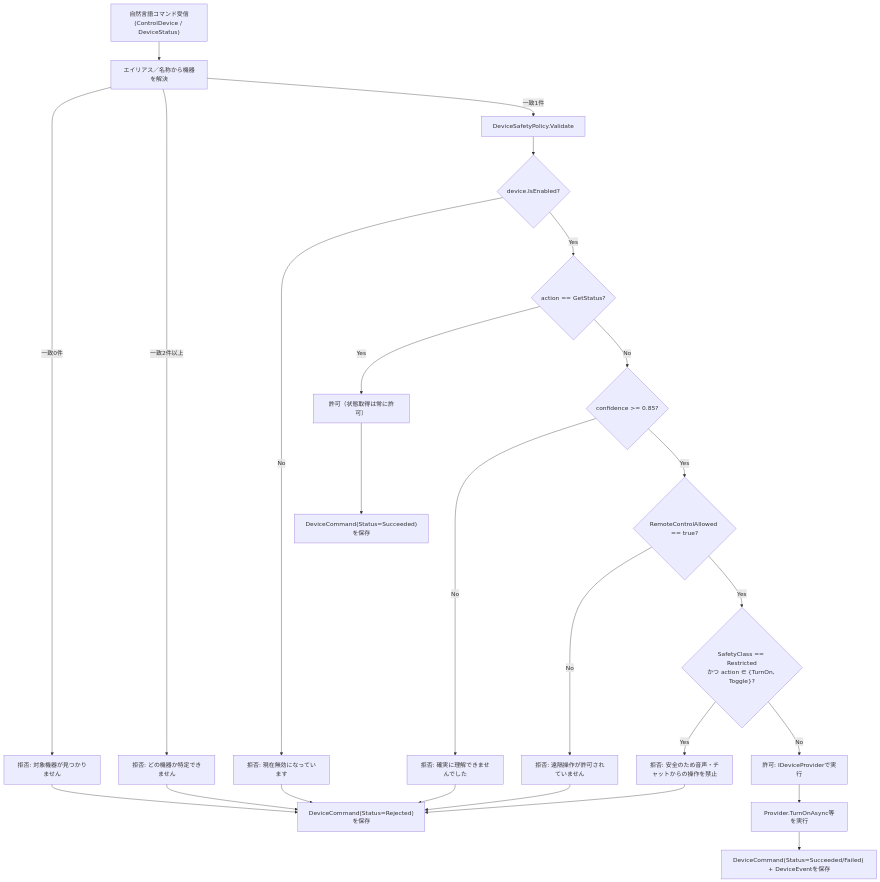
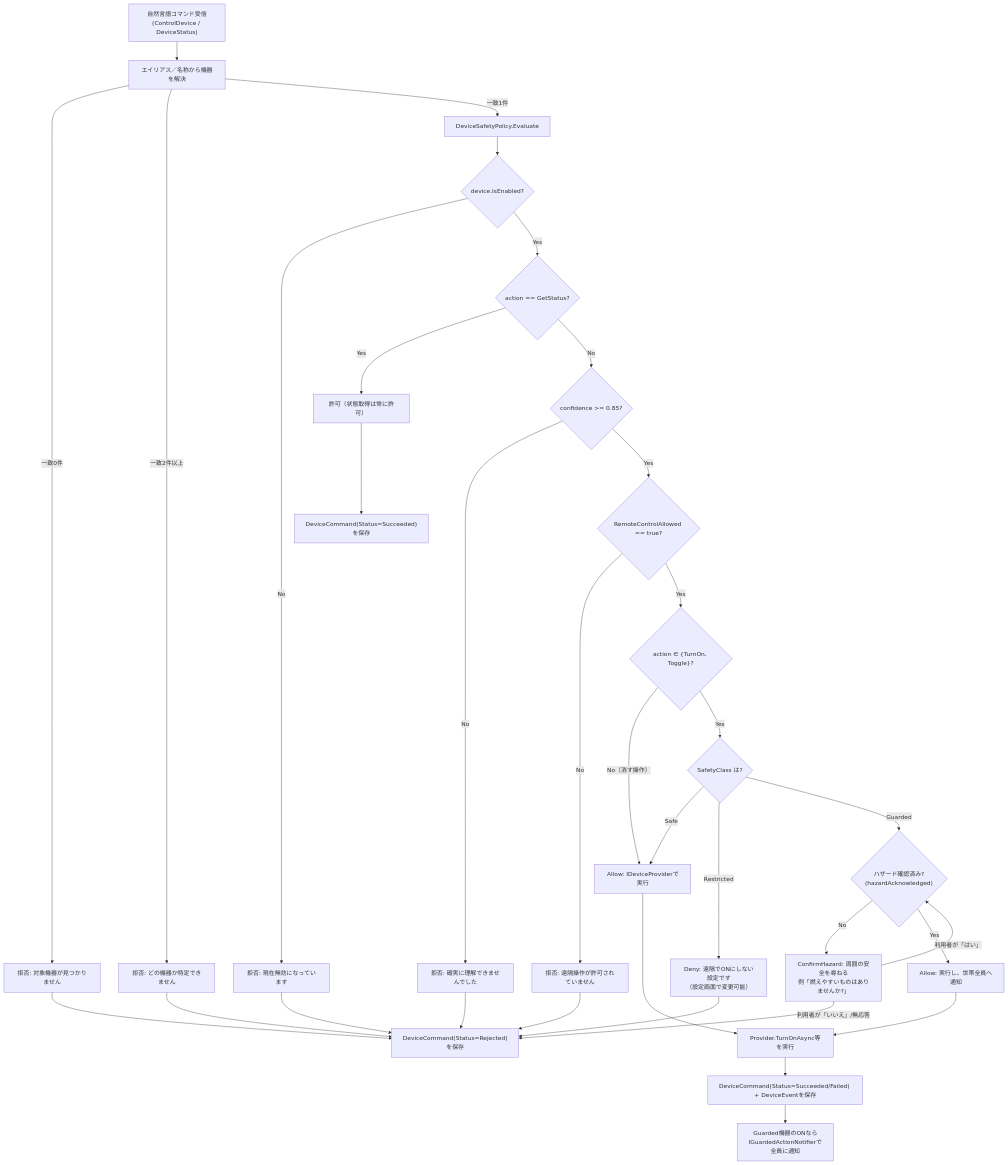
Before and after one commit to monoqlo78/mimamoritai-careroute-ai: the second of 2 diagrams in docs/ARCHITECTURE.md, drawn with Mermaid. The commit also changed other lines of this file and 26 other files, not shown here.

````diff
--- a/docs/ARCHITECTURE.md
+++ b/docs/ARCHITECTURE.md
@@ -237,29 +245,40 @@
 ```mermaid
 flowchart TD
     Start["自然言語コマンド受信\n(ControlDevice / DeviceStatus)"] --> Resolve["エイリアス／名称から機器を解決"]
     Resolve -->|一致0件| RejectNotFound["拒否: 対象機器が見つかりません"]
     Resolve -->|一致2件以上| RejectAmbiguous["拒否: どの機器か特定できません"]
-    Resolve -->|一致1件| Validate["DeviceSafetyPolicy.Validate"]
+    Resolve -->|一致1件| Validate["DeviceSafetyPolicy.Evaluate"]
 
     Validate --> CheckEnabled{"device.IsEnabled?"}
     CheckEnabled -->|No| RejectDisabled["拒否: 現在無効になっています"]
     CheckEnabled -->|Yes| CheckStatus{"action == GetStatus?"}
     CheckStatus -->|Yes| AllowStatus["許可（状態取得は常に許可）"]
     CheckStatus -->|No| CheckConfidence{"confidence >= 0.85?"}
     CheckConfidence -->|No| RejectLowConfidence["拒否: 確実に理解できませんでした"]
     CheckConfidence -->|Yes| CheckRemote{"RemoteControlAllowed == true?"}
     CheckRemote -->|No| RejectNoRemote["拒否: 遠隔操作が許可されていません"]
-    CheckRemote -->|Yes| CheckSafety{"SafetyClass == Restricted\nかつ action ∈ {TurnOn, Toggle}?"}
-    CheckSafety -->|Yes| RejectRestricted["拒否: 安全のため音声・チャットからの操作を禁止"]
-    CheckSafety -->|No| Allow["許可: IDeviceProviderで実行"]
+    CheckRemote -->|Yes| CheckEnergise{"action ∈ {TurnOn, Toggle}?"}
+    CheckEnergise -->|No（消す操作）| Allow["Allow: IDeviceProviderで実行"]
+    CheckEnergise -->|Yes| CheckSafety{"SafetyClass は?"}
+
+    CheckSafety -->|Safe| Allow
+    CheckSafety -->|Restricted| RejectRestricted["Deny: 遠隔でONにしない設定です\n（設定画面で変更可能）"]
+    CheckSafety -->|Guarded| CheckAck{"ハザード確認済み?\n(hazardAcknowledged)"}
+    CheckAck -->|No| Confirm["ConfirmHazard: 周囲の安全を尋ねる\n例「燃えやすいものはありませんか?」"]
+    CheckAck -->|Yes| AllowGuarded["Allow: 実行し、世帯全員へ通知"]
+
+    Confirm -->|利用者が「はい」| CheckAck
+    Confirm -->|利用者が「いいえ」/無応答| Audit
 
     RejectNotFound --> Audit["DeviceCommand(Status=Rejected)を保存"]
     RejectAmbiguous --> Audit
     RejectDisabled --> Audit
     RejectLowConfidence --> Audit
     RejectNoRemote --> Audit
     RejectRestricted --> Audit
     AllowStatus --> AuditOk["DeviceCommand(Status=Succeeded)を保存"]
     Allow --> Execute["Provider.TurnOnAsync等を実行"]
+    AllowGuarded --> Execute
     Execute --> AuditExec["DeviceCommand(Status=Succeeded/Failed) + DeviceEventを保存"]
+    AuditExec --> Notify["Guarded機器のONなら\nIGuardedActionNotifierで全員に通知"]
 ```
````
